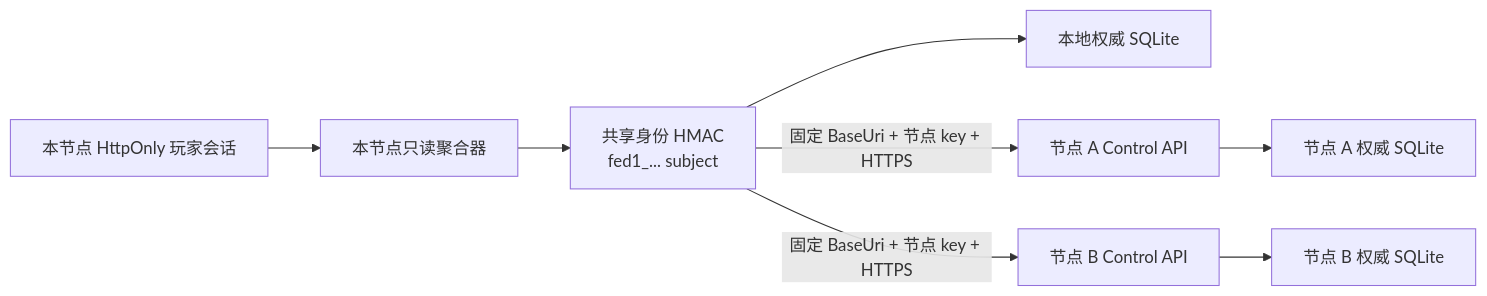
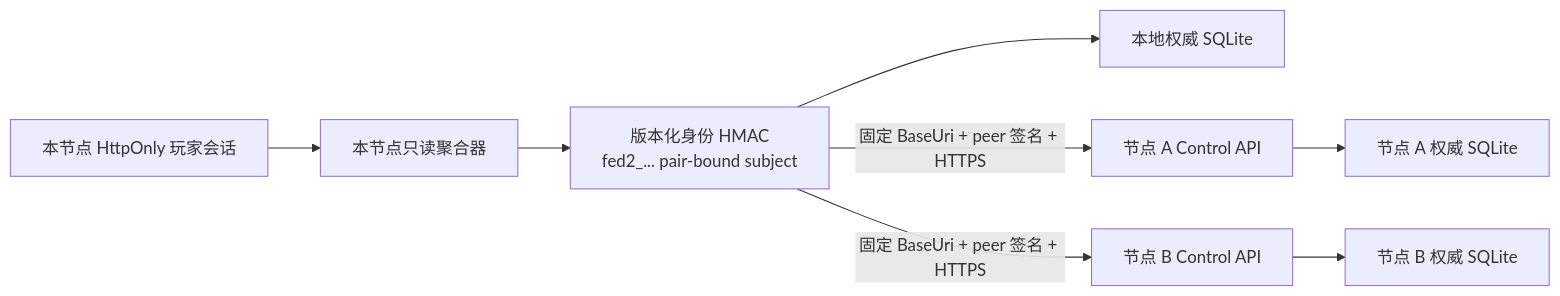
Before and after one commit to newonei/pal-control: the diagram in docs/runbooks/server-federation-and-compatibility.md, drawn with Mermaid. The commit also changed other lines of this file and 113 other files, not shown here.

````diff
--- a/docs/runbooks/server-federation-and-compatibility.md
+++ b/docs/runbooks/server-federation-and-compatibility.md
@@ -18,10 +18,10 @@
 ```mermaid
 flowchart LR
     Session["本节点 HttpOnly 玩家会话"] --> Aggregator["本节点只读聚合器"]
-    Aggregator --> HMAC["共享身份 HMAC\nfed1_... subject"]
+    Aggregator --> HMAC["版本化身份 HMAC\nfed2_... pair-bound subject"]
     HMAC --> Local["本地权威 SQLite"]
-    HMAC -->|"固定 BaseUri + 节点 key + HTTPS"| RemoteA["节点 A Control API"]
-    HMAC -->|"固定 BaseUri + 节点 key + HTTPS"| RemoteB["节点 B Control API"]
+    HMAC -->|"固定 BaseUri + peer 签名 + HTTPS"| RemoteA["节点 A Control API"]
+    HMAC -->|"固定 BaseUri + peer 签名 + HTTPS"| RemoteB["节点 B Control API"]
     RemoteA --> StoreA["节点 A 权威 SQLite"]
     RemoteB --> StoreB["节点 B 权威 SQLite"]
 ```
````
